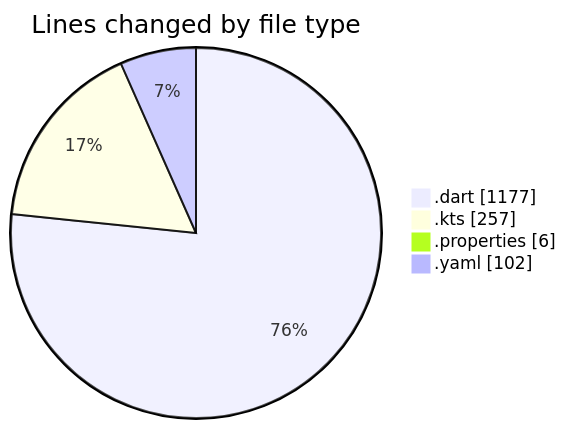
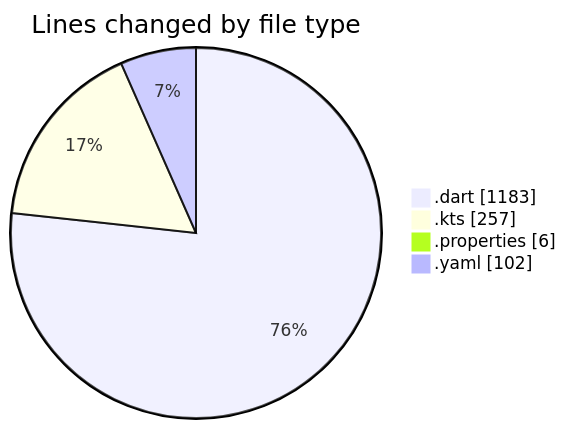
One commit to donsfak/code-tracking changed the first of 2 diagrams in 2025-02-24/drivers_app/README.md. Above: the diagram before and after it, drawn with Mermaid. The commit also changed other lines of this file and 1 other file, not shown here.

````diff
--- a/2025-02-24/drivers_app/README.md
+++ b/2025-02-24/drivers_app/README.md
@@ -27,8 +27,8 @@
 ```mermaid
 pie showData
 title Lines changed by file type
-".dart" : 1177
+".dart" : 1183
 ".kts" : 257
 ".properties" : 6
 ".yaml" : 102
 ```
````
